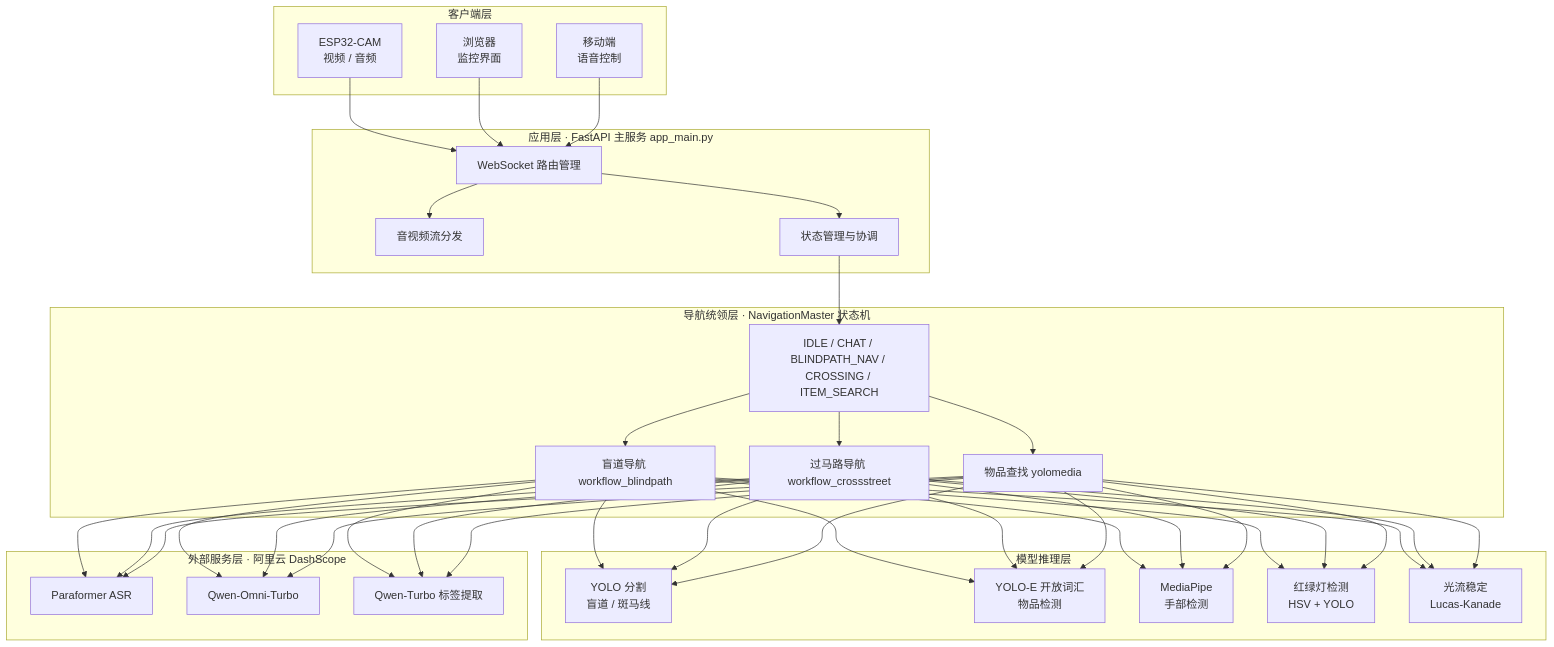
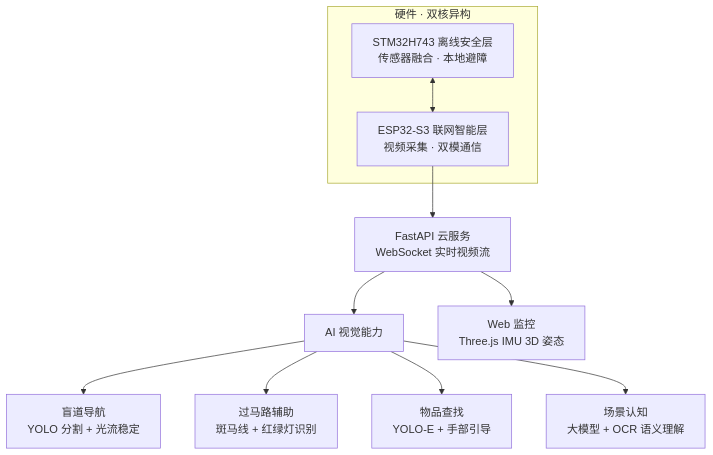
The diagram in README.md (3072963Charles/OpenAIglasses_for_Navigation), drawn with Mermaid before and after one commit. The commit also changed other lines of this file, not shown here.

Commit message:
Revamp README - dual-mode architecture (networking intelligence layer, co-working with STM32)

````diff
--- a/README.md
+++ b/README.md
@@ -39,38 +36,13 @@
 ```mermaid
 flowchart TB
-    subgraph Client[客户端层]
-        A[ESP32-CAM<br/>视频 / 音频]
-        B[浏览器<br/>监控界面]
-        C[移动端<br/>语音控制]
+    subgraph HW[硬件 · 双核异构]
+        STM[STM32H743 离线安全层<br/>传感器融合 · 本地避障] <--> ESP[ESP32-S3 联网智能层<br/>视频采集 · 双模通信]
     end
-    subgraph App[应用层 · FastAPI 主服务 app_main.py]
-        D[WebSocket 路由管理]
-        E[音视频流分发]
-        F[状态管理与协调]
-    end
-    subgraph Nav[导航统领层 · NavigationMaster 状态机]
-        G[IDLE / CHAT / BLINDPATH_NAV / CROSSING / ITEM_SEARCH]
-        H[盲道导航 workflow_blindpath]
-        I[过马路导航 workflow_crossstreet]
-        J[物品查找 yolomedia]
-    end
-    subgraph Infer[模型推理层]
-        K[YOLO 分割<br/>盲道 / 斑马线]
-        L[YOLO-E 开放词汇<br/>物品检测]
-        M[MediaPipe<br/>手部检测]
-        N[红绿灯检测<br/>HSV + YOLO]
-        O[光流稳定<br/>Lucas-Kanade]
-    end
-    subgraph Cloud[外部服务层 · 阿里云 DashScope]
-        P[Paraformer ASR]
-        Q[Qwen-Omni-Turbo]
-        R[Qwen-Turbo 标签提取]
-    end
-    A & B & C --> D
-    D --> E
-    D --> F
-    F --> G
-    G --> H & I & J
-    H & I & J --> K & L & M & N & O
-    H & I & J --> P & Q & R
+    ESP --> API[FastAPI 云服务<br/>WebSocket 实时视频流]
+    API --> AI[AI 视觉能力]
+    AI --> B1[盲道导航<br/>YOLO 分割 + 光流稳定]
+    AI --> B2[过马路辅助<br/>斑马线 + 红绿灯识别]
+    AI --> B3[物品查找<br/>YOLO-E + 手部引导]
+    AI --> B4[场景认知<br/>大模型 + OCR 语义理解]
+    API --> W[Web 监控<br/>Three.js IMU 3D 姿态]
 ```
````
